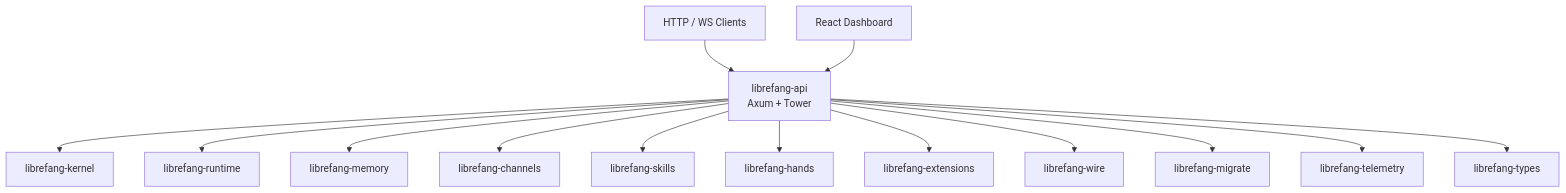
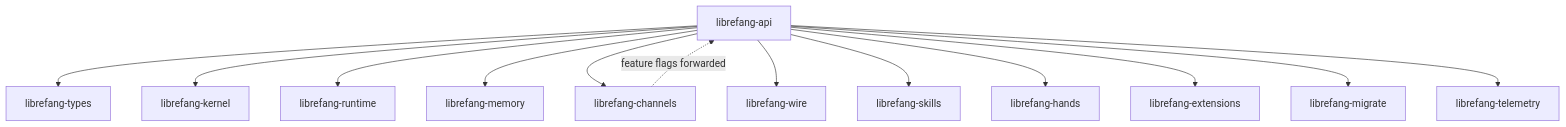
Before and after one commit to leszek3737/librefang-WIki: the diagram in other-librefang-api.md, drawn with Mermaid. The commit also changed other lines of this file and 98 other files, not shown here.

````diff
--- a/other-librefang-api.md
+++ b/other-librefang-api.md
@@ -9,16 +9,15 @@
 ```mermaid
 graph TD
-    Client[HTTP / WS Clients] --> API[librefang-api<br>Axum + Tower]
-    Dashboard[React Dashboard] --> API
-    API --> Kernel[librefang-kernel]
-    API --> Runtime[librefang-runtime]
-    API --> Memory[librefang-memory]
-    API --> Channels[librefang-channels]
-    API --> Skills[librefang-skills]
-    API --> Hands[librefang-hands]
-    API --> Extensions[librefang-extensions]
-    API --> Wire[librefang-wire]
-    API --> Migrate[librefang-migrate]
-    API --> Telemetry[librefang-telemetry]
-    API --> Types[librefang-types]
+    API[librefang-api] --> TYPES[librefang-types]
+    API --> KERNEL[librefang-kernel]
+    API --> RUNTIME[librefang-runtime]
+    API --> MEMORY[librefang-memory]
+    API --> CHANNELS[librefang-channels]
+    API --> WIRE[librefang-wire]
+    API --> SKILLS[librefang-skills]
+    API --> HANDS[librefang-hands]
+    API --> EXT[librefang-extensions]
+    API --> MIGRATE[librefang-migrate]
+    API --> TELEMETRY[librefang-telemetry]
+    CHANNELS -.-> |feature flags forwarded| API
 ```
````
